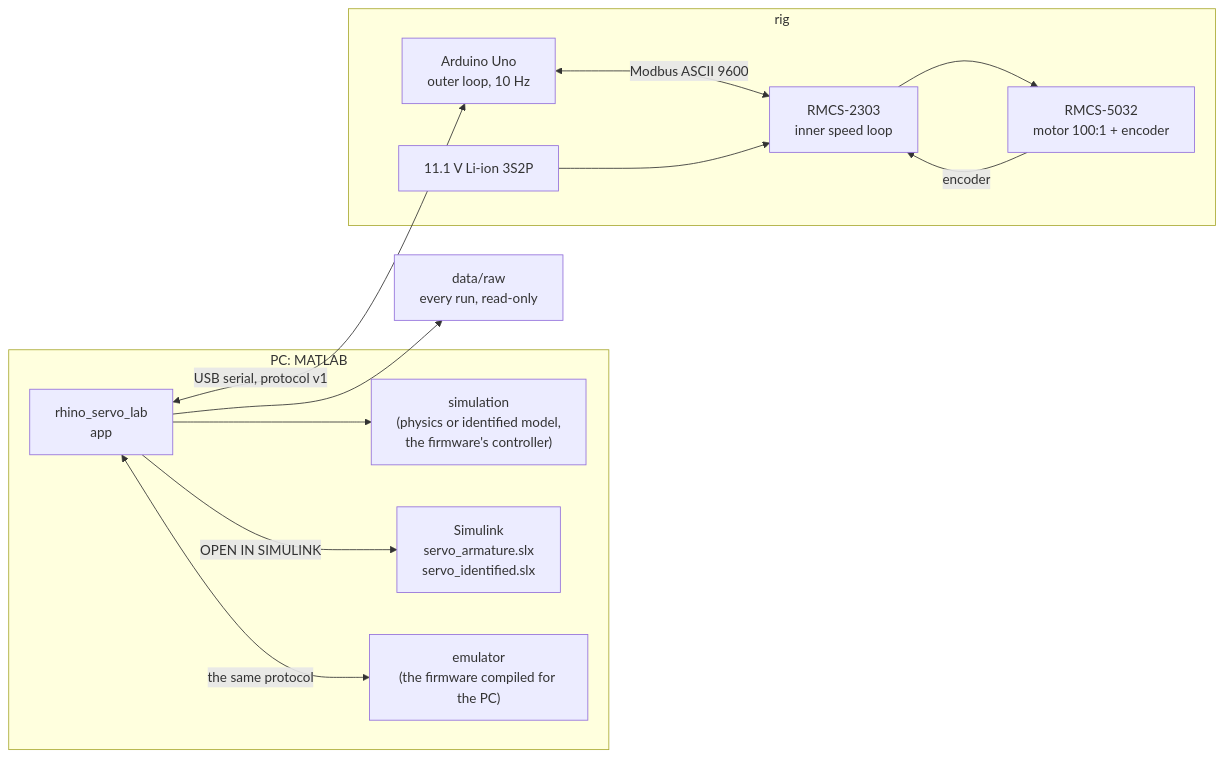
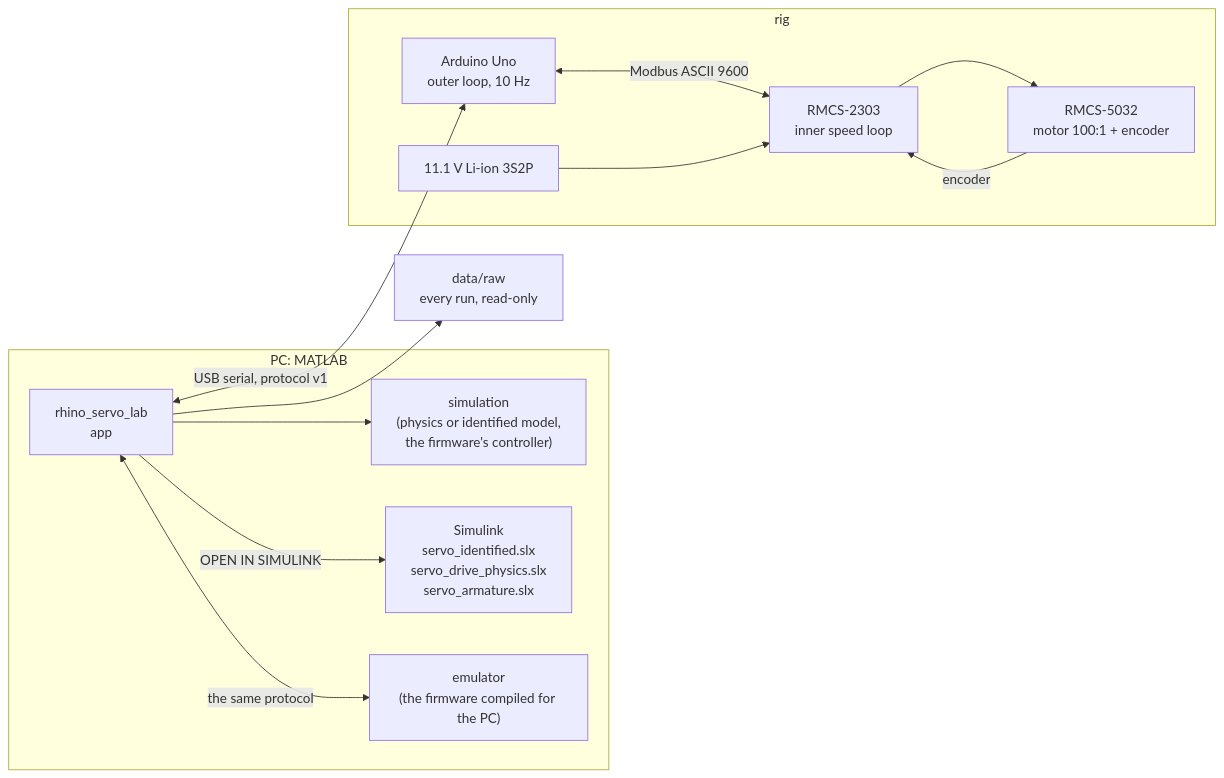
One commit to Samarth030312/rhino-rmcs-2303-dc-servo-control changed the diagram in README.md. Above: the diagram before and after it, drawn with Mermaid. The commit also changed other lines of this file and 67 other files, not shown here.

````diff
--- a/README.md
+++ b/README.md
@@ -92,24 +97,24 @@
 ```mermaid
 flowchart LR
     subgraph PC["PC: MATLAB"]
         APP["rhino_servo_lab<br/>app"]
         SIM["simulation<br/>(physics or identified model,<br/>the firmware's controller)"]
-        SL["Simulink<br/>servo_armature.slx<br/>servo_identified.slx"]
+        SL["Simulink<br/>servo_identified.slx<br/>servo_drive_physics.slx<br/>servo_armature.slx"]
         EMU["emulator<br/>(the firmware compiled for the PC)"]
     end
     subgraph RIG["rig"]
         UNO["Arduino Uno<br/>outer loop, 10 Hz"]
         DRV["RMCS-2303<br/>inner speed loop"]
         MOT["RMCS-5032<br/>motor 100:1 + encoder"]
         BAT["11.1 V Li-ion 3S2P"]
     end
     APP --> SIM
     APP -->|"OPEN IN SIMULINK"| SL
     APP <-->|"USB serial, protocol v1"| UNO
     APP <-->|"the same protocol"| EMU
     UNO <-->|"Modbus ASCII 9600"| DRV
     DRV --> MOT
     MOT -->|"encoder"| DRV
     BAT --> DRV
     APP --> DATA["data/raw<br/>every run, read-only"]
 ```
````
